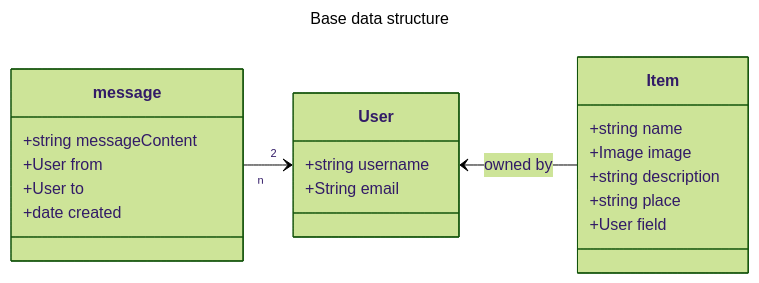
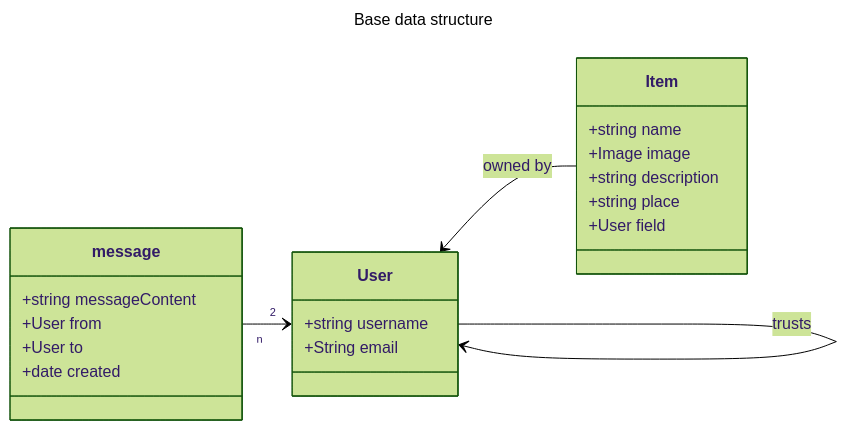
One commit to share-open-sharing-infrastructure/share-mvp changed the diagram in docs/domain-model.md. Above: the diagram before and after it, drawn with Mermaid (forest theme). The commit also changed other lines of this file and 1 other file, not shown here.

````diff
--- a/docs/domain-model.md
+++ b/docs/domain-model.md
@@ -5,29 +5,30 @@
 ```mermaid
 ---
 title: Base data structure
 ---
 classDiagram
     direction LR
 
     class User{
         +string username
         +String email
     }
+    User --> User : trusts
 
     class Item{
         +string name
         +Image image
         +string description
         +string place
         +User field <!-- this is currently misnamed, have to adapt in DB and then in code -->
     }
     User <-- Item : owned by
 
     class message{
         +string messageContent
         +User from
         +User to
         +date created
     }
     message "n" --> "2" User
 ```
````
